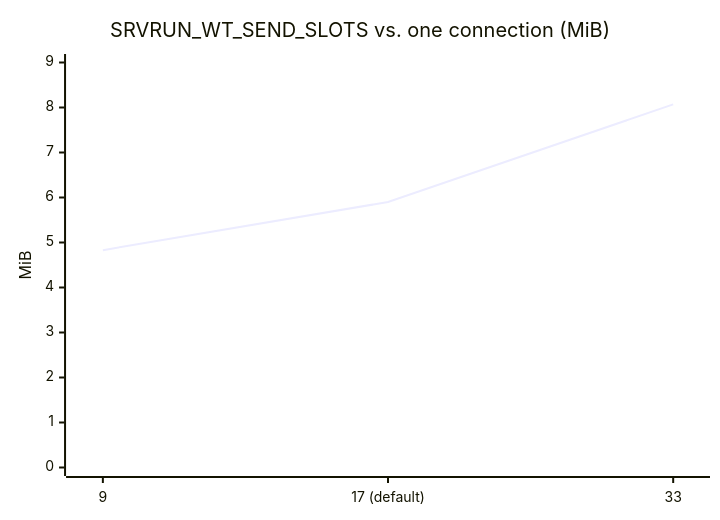
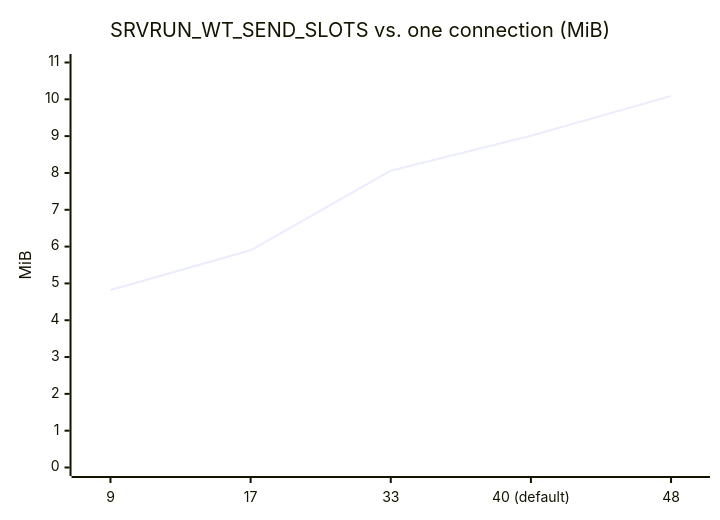
Before and after one commit to Hakkadaikon/wired: the fourth of 9 diagrams in docs/architecture/memory.md, drawn with Mermaid. The commit also changed other lines of this file and 4 other files, not shown here.

````diff
--- a/docs/architecture/memory.md
+++ b/docs/architecture/memory.md
@@ -106,7 +106,7 @@
 ```mermaid
 xychart-beta
     title "SRVRUN_WT_SEND_SLOTS vs. one connection (MiB)"
-    x-axis ["9", "17 (default)", "33"]
-    y-axis "MiB" 0 --> 9
-    line [4.83, 5.90, 8.07]
+    x-axis ["9", "17", "33", "40 (default)", "48"]
+    y-axis "MiB" 0 --> 11
+    line [4.82, 5.90, 8.06, 9.01, 10.09]
 ```
````
